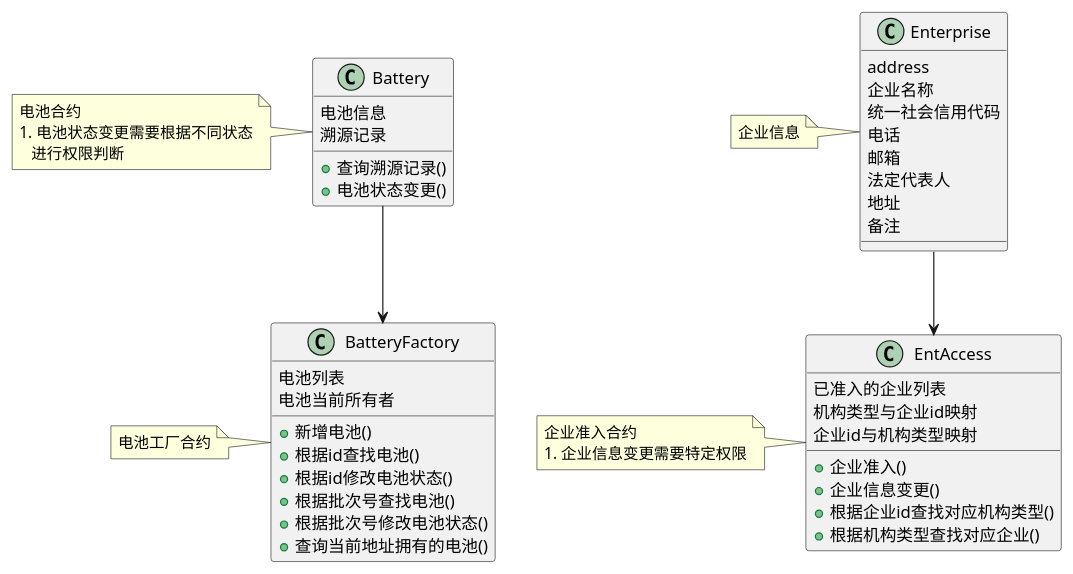
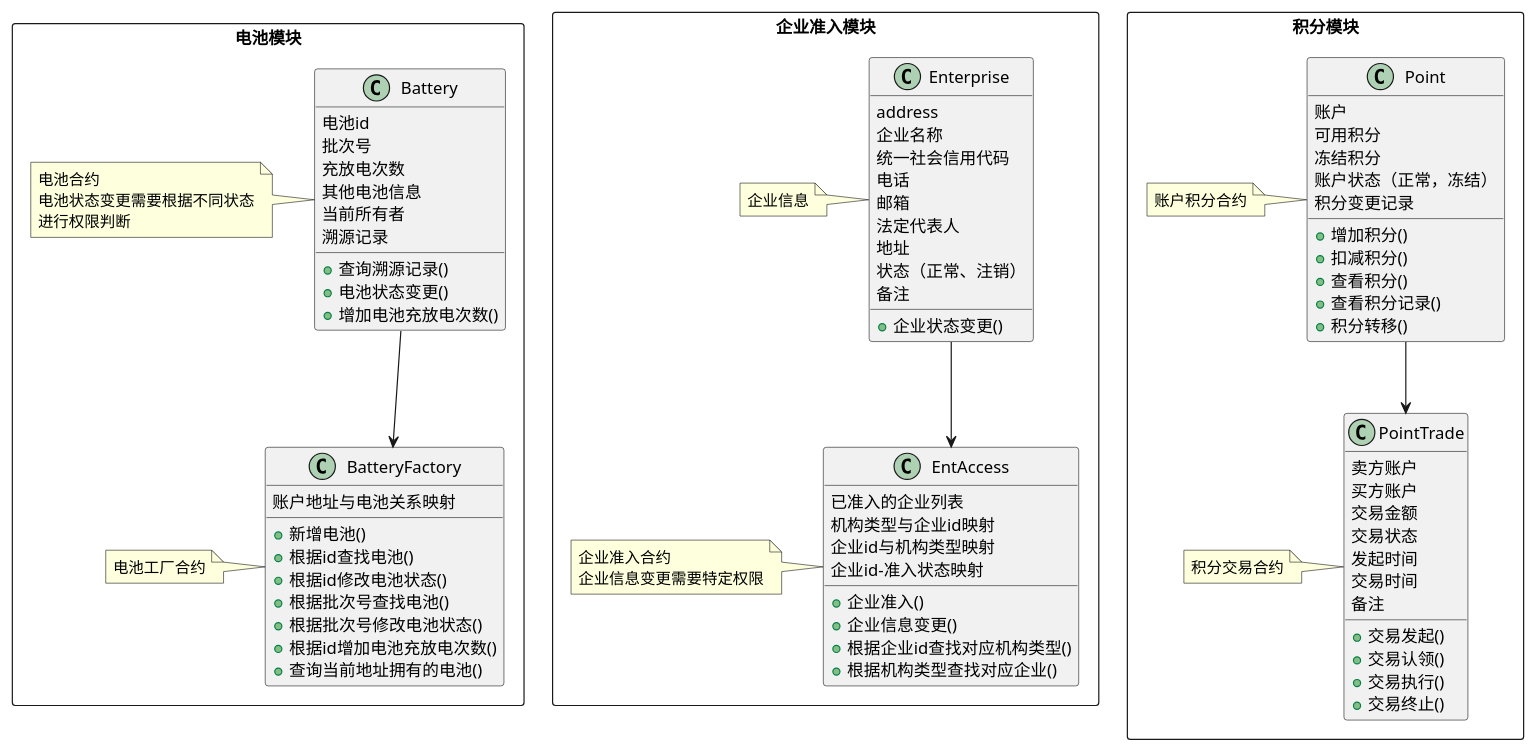
Before and after one commit to cmgun/B-Recycle: the diagram in docs/合约结构.puml, drawn with PlantUML. The commit also changed 1 other file, not shown here.

```diff
--- a/docs/合约结构.puml
+++ b/docs/合约结构.puml
@@ -1,67 +1,126 @@
 @startuml
 'https://plantuml.com/class-diagram
 
 '电池溯源模块
+package 电池模块 <<Rectangle>> {
 class Battery {
-电池信息
+电池id
+批次号
+充放电次数
+其他电池信息
+当前所有者
 溯源记录
 + 查询溯源记录()
 + 电池状态变更()
++ 增加电池充放电次数()
 }
 note left of Battery
 电池合约
-1. 电池状态变更需要根据不同状态
-   进行权限判断
+电池状态变更需要根据不同状态
+进行权限判断
 end note
 
 class BatteryFactory {
-电池列表
-电池当前所有者
+'电池列表
+账户地址与电池关系映射
 
 + 新增电池()
 + 根据id查找电池()
 + 根据id修改电池状态()
 + 根据批次号查找电池()
 + 根据批次号修改电池状态()
++ 根据id增加电池充放电次数()
 + 查询当前地址拥有的电池()
 }
 note left of BatteryFactory
 电池工厂合约
 end note
 
+
 Battery --> BatteryFactory
+
+}
 
 
 '机构准入模块
+package 企业准入模块 <<Rectangle>> {
 class Enterprise {
 address
 企业名称
 统一社会信用代码
 电话
 邮箱
 法定代表人
 地址
+状态（正常、注销）
 备注
+
++ 企业状态变更()
 }
 note left of Enterprise
 企业信息
 end note
 
 class EntAccess {
 已准入的企业列表
 机构类型与企业id映射
 企业id与机构类型映射
+企业id-准入状态映射
 
 + 企业准入()
 + 企业信息变更()
 + 根据企业id查找对应机构类型()
 + 根据机构类型查找对应企业()
 }
 note left of EntAccess
 企业准入合约
-1. 企业信息变更需要特定权限
+企业信息变更需要特定权限
 end note
 
 Enterprise --> EntAccess
 
+}
+
+'积分模块
+package 积分模块 <<Rectangle>> {
+class Point {
+账户
+可用积分
+冻结积分
+账户状态（正常，冻结）
+积分变更记录
+
++ 增加积分()
++ 扣减积分()
++ 查看积分()
++ 查看积分记录()
++ 积分转移()
+}
+note left of Point
+账户积分合约
+end note
+
+class PointTrade {
+卖方账户
+买方账户
+交易金额
+交易状态
+发起时间
+交易时间
+备注
+
++ 交易发起()
++ 交易认领()
++ 交易执行()
++ 交易终止()
+}
+note left of PointTrade
+积分交易合约
+end note
+
+Point --> PointTrade
+}
+
+
+
 @enduml
```
